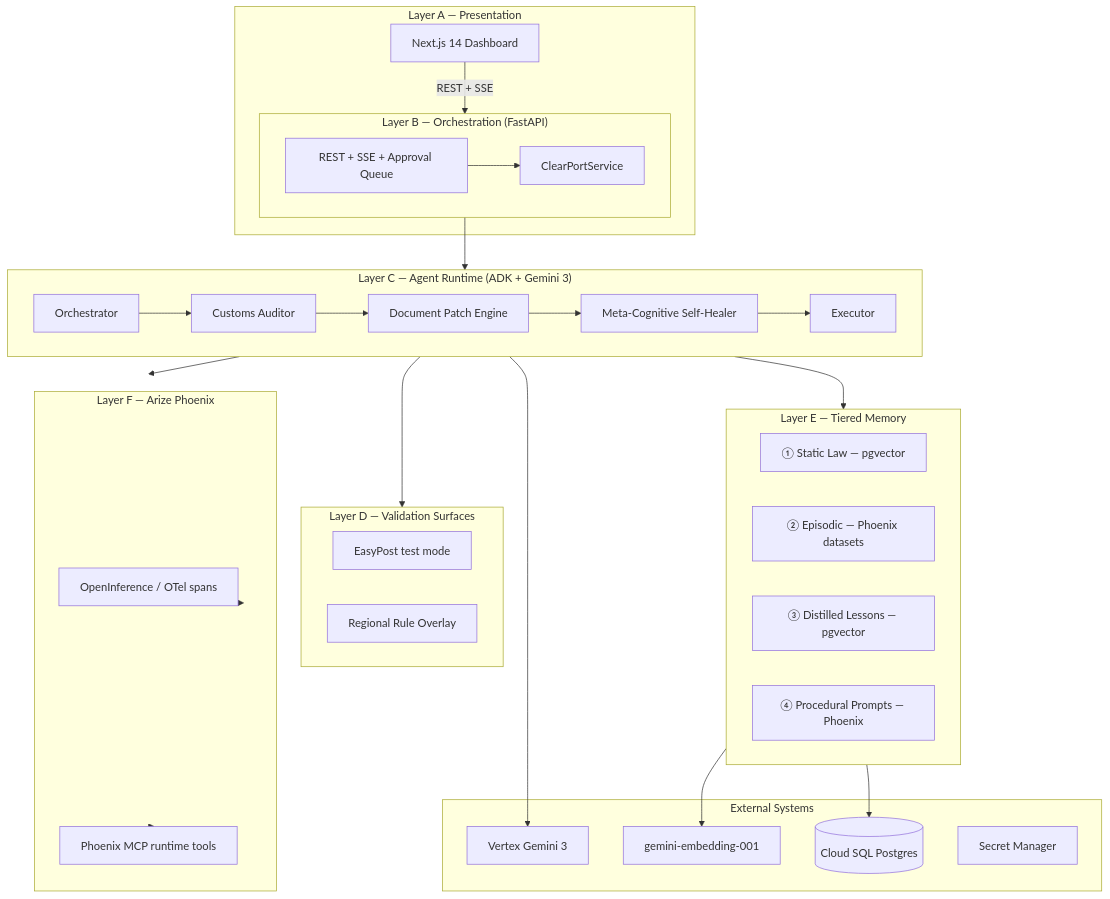
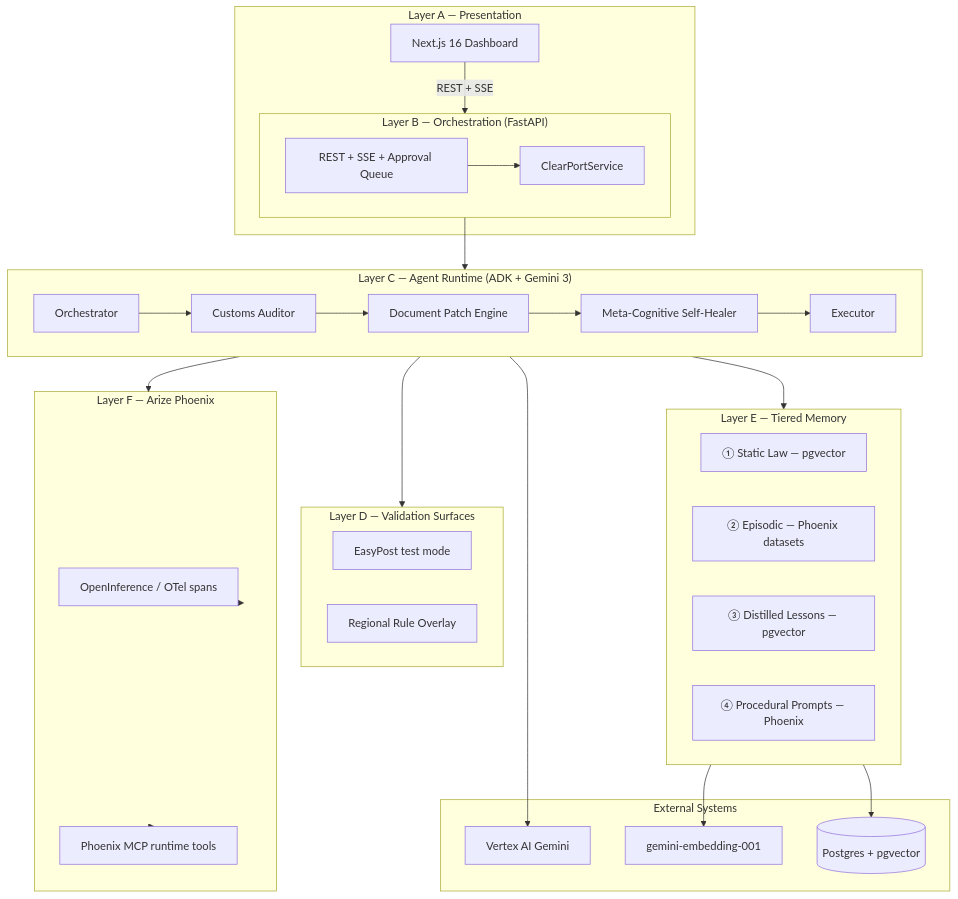
Before and after one commit to akshayavarshinee/mission-sundar-pichai: the first of 8 diagrams in README.md, drawn with Mermaid. The commit also changed other lines of this file and 45 other files, not shown here.

````diff
--- a/README.md
+++ b/README.md
@@ -156,56 +157,55 @@
 ```mermaid
 flowchart TB
     subgraph A["Layer A — Presentation"]
-        UI[Next.js 14 Dashboard]
+        UI[Next.js 16 Dashboard]
         UI -->|REST + SSE| B
     end
 
     subgraph B["Layer B — Orchestration (FastAPI)"]
         API[REST + SSE + Approval Queue]
         SVC[ClearPortService]
         API --> SVC
     end
 
     subgraph C["Layer C — Agent Runtime (ADK + Gemini 3)"]
         ORCH[Orchestrator]
         AUD[Customs Auditor]
         PATCH[Document Patch Engine]
         HEAL[Meta-Cognitive Self-Healer]
         EXEC[Executor]
         ORCH --> AUD --> PATCH --> HEAL --> EXEC
     end
 
     subgraph D["Layer D — Validation Surfaces"]
         EP[EasyPost test mode]
         OVL[Regional Rule Overlay]
     end
 
     subgraph E["Layer E — Tiered Memory"]
         L1[① Static Law — pgvector]
         L2[② Episodic — Phoenix datasets]
         L3[③ Distilled Lessons — pgvector]
         L4[④ Procedural Prompts — Phoenix]
     end
 
     subgraph F["Layer F — Arize Phoenix"]
         OTEL[OpenInference / OTel spans]
         MCP[Phoenix MCP runtime tools]
     end
 
     subgraph EXT["External Systems"]
-        GEM[Vertex Gemini 3]
+        GEM[Vertex AI Gemini]
         EMB[gemini-embedding-001]
-        PG[(Cloud SQL Postgres)]
-        SM[Secret Manager]
+        PG[(Postgres + pgvector)]
     end
 
     B --> C
     C --> D
     C --> E
     C --> F
     E --> PG
     F --> OTEL
     F --> MCP
     C --> GEM
     E --> EMB
 ```
````
